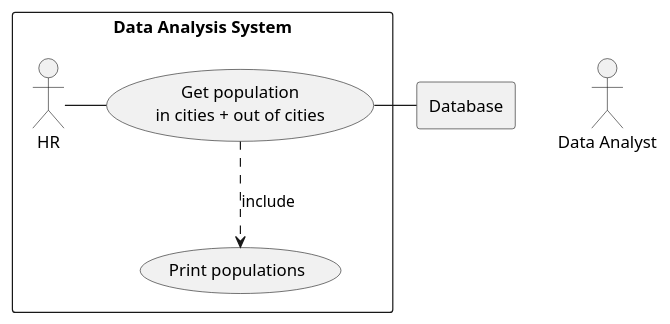
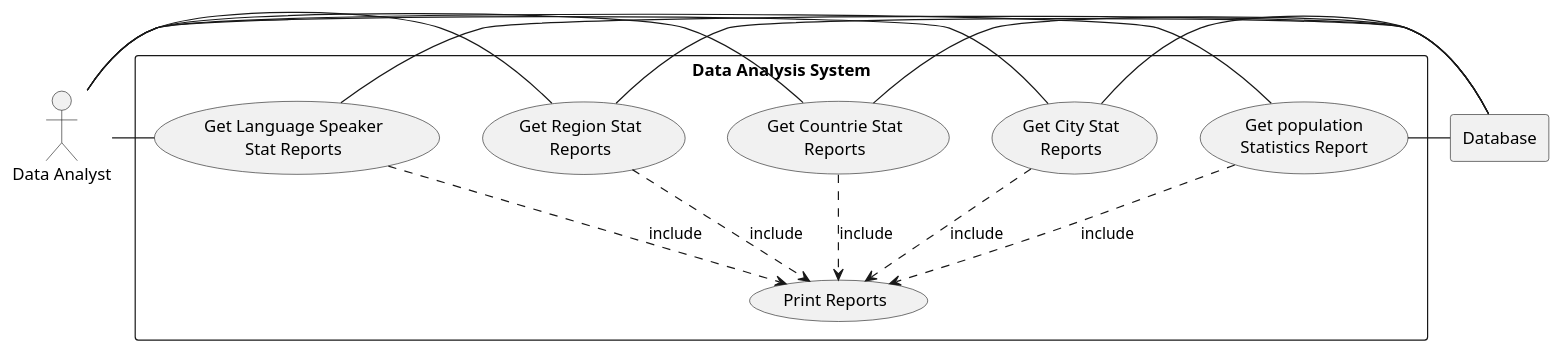
The diagram in usecase/Population Statistics.puml (ismail5626/IAAA), drawn with PlantUML before and after one commit.

Commit message:
Updated Use Case Diagrams

```diff
--- a/usecase/Population Statistics.puml
+++ b/usecase/Population Statistics.puml
@@ -1,18 +1,49 @@
 @startuml
 
 actor DA as "Data Analyst"
 
 rectangle Database
 
 rectangle "Data Analysis System" {
-    usecase UC4 as "Get population
-    in cities + out of cities"
 
-    usecase UCa as "Print populations"
+    usecase UC1 as "Get population
+    Statistics Report"
 
-    HR - UC4
-    UC4 ..> UCa : include
-    UC4 - Database
+    usecase UC2 as "Get City Stat
+    Reports"
+
+    usecase UC3 as "Get Countrie Stat
+    Reports"
+
+    usecase UC4 as "Get Region Stat
+    Reports"
+
+    usecase UC5 as "Get Language Speaker
+    Stat Reports"
+
+
+
+    usecase UCa as "Print Reports"
+
+    DA - UC1
+        UC1 ..> UCa : include
+        UC1 - Database
+
+    DA - UC2
+        UC2 ..> UCa : include
+        UC2 - Database
+
+    DA - UC3
+        UC3 ..> UCa : include
+        UC3 - Database
+
+    DA - UC4
+         UC4 ..> UCa : include
+         UC4 - Database
+
+    DA - UC5
+    UC5 ..> UCa : include
+    UC5 - Database
 }
 
 @enduml
```
